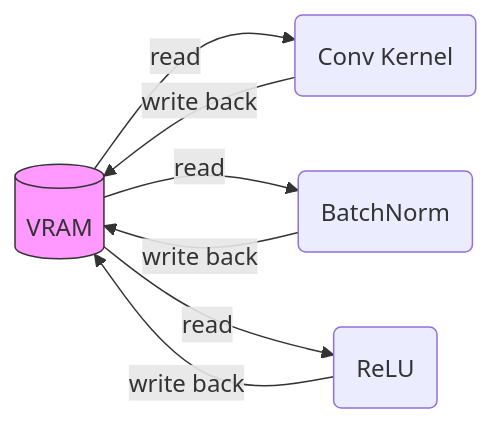
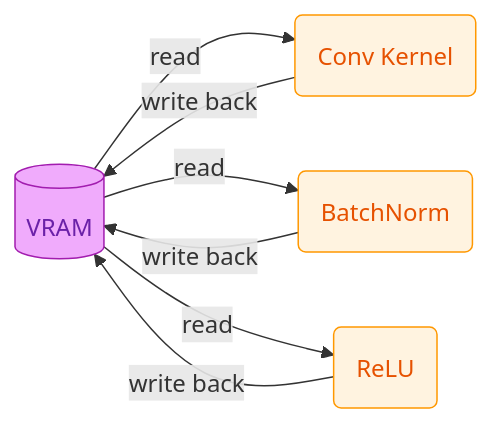
One commit to datawhalechina/hello-rocm changed the first of 2 diagrams in docs/en/03-infra/handwrite-rocm-operator.md. Above: the diagram before and after it, drawn with Mermaid. The commit also changed other lines of this file and 12 other files, not shown here.

````diff
--- a/docs/en/03-infra/handwrite-rocm-operator.md
+++ b/docs/en/03-infra/handwrite-rocm-operator.md
@@ -332,10 +323,15 @@
 ```mermaid
 graph LR
     A[(VRAM)] -->|read| B(Conv Kernel)
     B -->|write back| A
     A -->|read| C(BatchNorm)
     C -->|write back| A
     A -->|read| D(ReLU)
     D -->|write back| A
-    style A fill:#f9f,stroke:#333
+
+    classDef layer-hardware fill:#f0abfc,stroke:#a21caf,stroke-width:1px,color:#6b21a8
+    classDef layer-compute fill:#fff3e0,stroke:#ff9800,stroke-width:1px,color:#e65100
+
+    class A layer-hardware
+    class B,C,D layer-compute
 ```
````
